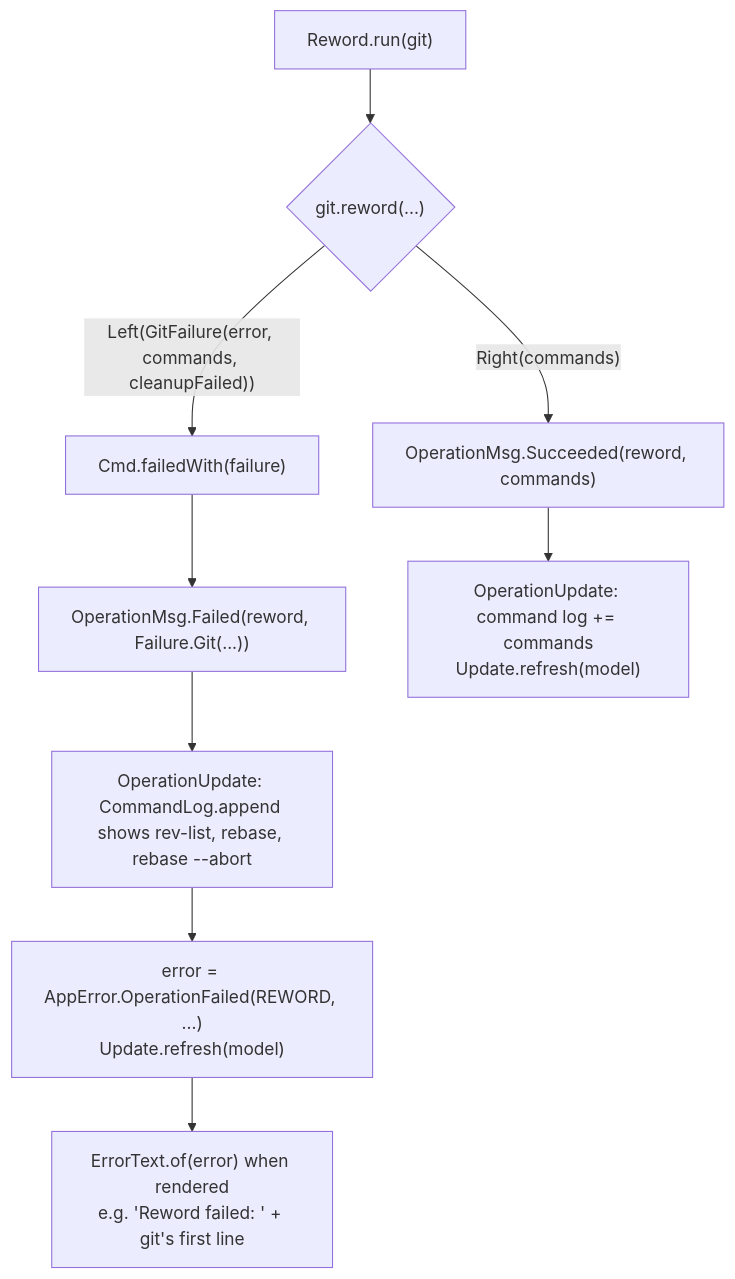
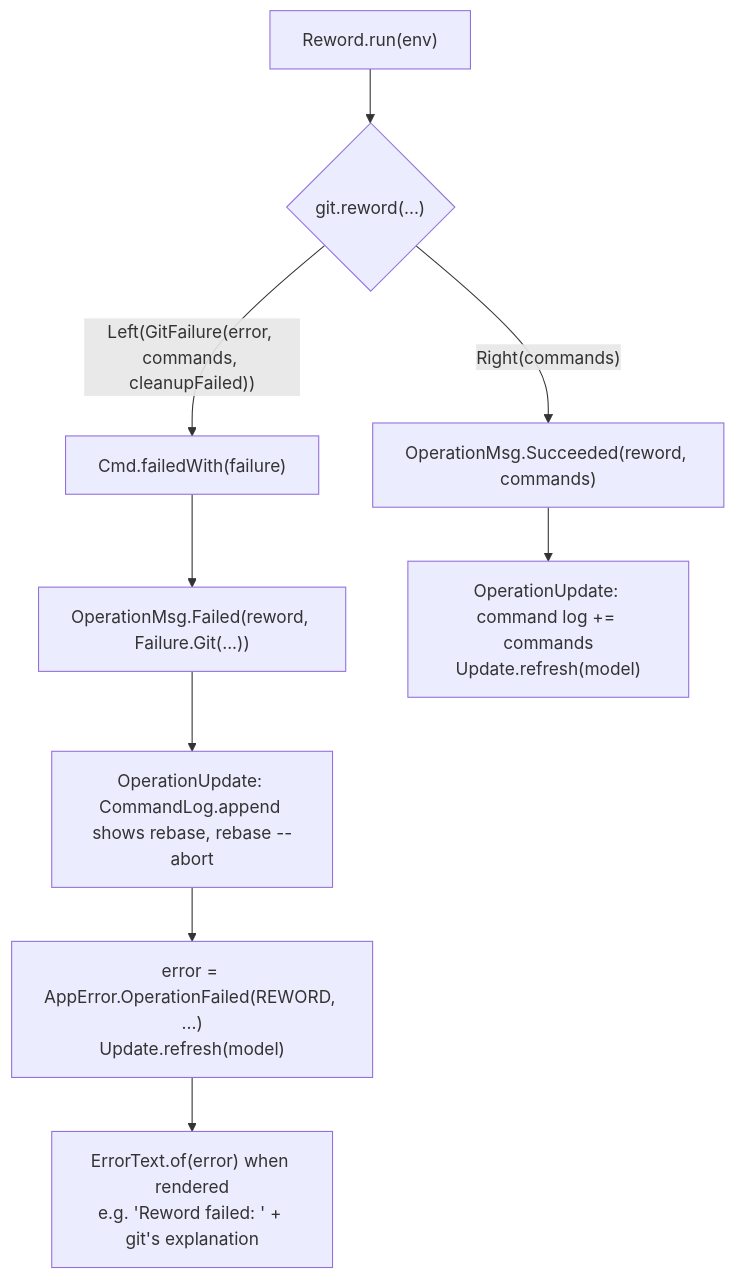
One commit to cvanfleteren/jazygit changed the seventh of 7 diagrams in ARCHITECTURE.md. Above: the diagram before and after it, drawn with Mermaid. The commit also changed other lines of this file and 5 other files, not shown here.

````diff
--- a/ARCHITECTURE.md
+++ b/ARCHITECTURE.md
@@ -501,11 +600,11 @@
 ```mermaid
 flowchart TD
-    Run["Reword.run(git)"] --> Either{"git.reword(...)"}
+    Run["Reword.run(env)"] --> Either{"git.reword(...)"}
     Either -- "Right(commands)" --> Done["OperationMsg.Succeeded(reword, commands)"]
     Either -- "Left(GitFailure(error, commands, cleanupFailed))" --> FailedWith["Cmd.failedWith(failure)"]
     FailedWith --> Failed["OperationMsg.Failed(reword, Failure.Git(...))"]
-    Failed --> Log["OperationUpdate: CommandLog.append shows rev-list, rebase, rebase --abort"]
+    Failed --> Log["OperationUpdate: CommandLog.append shows rebase, rebase --abort"]
     Log --> Update["error = AppError.OperationFailed(REWORD, ...)<br/>Update.refresh(model)"]
-    Update --> Text["ErrorText.of(error) when rendered<br/>e.g. 'Reword failed: ' + git's first line"]
+    Update --> Text["ErrorText.of(error) when rendered<br/>e.g. 'Reword failed: ' + git's explanation"]
     Done --> UpdateOk["OperationUpdate: command log += commands<br/>Update.refresh(model)"]
 ```
````
